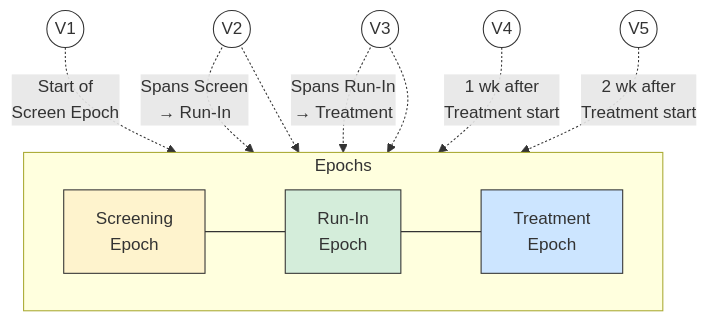
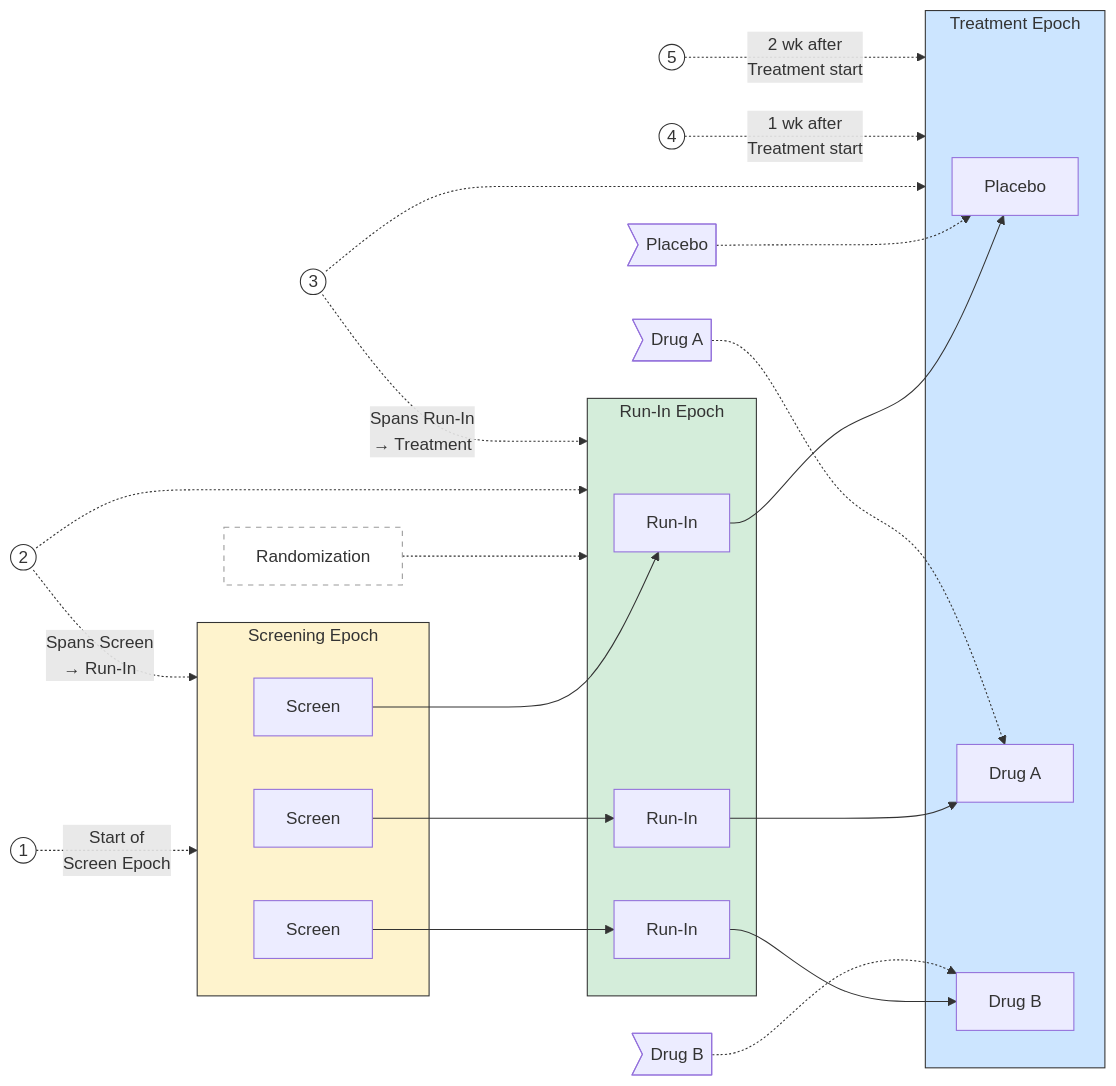
The diagram in knowledge_base/domains/TV/examples.md (hakupao/sdtm-pedia), drawn with Mermaid before and after one commit. The commit also changed other lines of this file and 8 other files, not shown here.

First line of the commit message:
fix(kb): Tier B batch B-TV — TV Description/spec + assumption 5 + Mermaid vs PDF figure + D6 vs SDTMIG v3.4 (PASS; local)

````diff
--- a/knowledge_base/domains/TV/examples.md
+++ b/knowledge_base/domains/TV/examples.md
@@ -11,24 +13,43 @@
 ```mermaid
-graph TD
-    subgraph Epochs
-        direction LR
-        SE["Screening<br/>Epoch"] --- RE["Run-In<br/>Epoch"] --- TE["Treatment<br/>Epoch"]
+graph LR
+    subgraph SE["Screening Epoch"]
+        S1[Screen]
+        S2[Screen]
+        S3[Screen]
     end
+    subgraph RE["Run-In Epoch"]
+        R1[Run-In]
+        R2[Run-In]
+        R3[Run-In]
+    end
+    subgraph TE["Treatment Epoch"]
+        P[Placebo]
+        A[Drug A]
+        B[Drug B]
+    end
+    S1 --> R1 --> P
+    S2 --> R2 --> A
+    S3 --> R3 --> B
+    armP>"Placebo"] -.-> P
+    armA>"Drug A"] -.-> A
+    armB>"Drug B"] -.-> B
+    rand["Randomization"] -.-> RE
 
-    V1(("V1")) -.->|"Start of<br/>Screen Epoch"| SE
-    V2(("V2")) -.->|"Spans Screen<br/>→ Run-In"| SE
+    V1(("1")) -.->|"Start of<br/>Screen Epoch"| SE
+    V2(("2")) -.->|"Spans Screen<br/>→ Run-In"| SE
     V2 -.-> RE
-    V3(("V3")) -.->|"Spans Run-In<br/>→ Treatment"| RE
+    V3(("3")) -.->|"Spans Run-In<br/>→ Treatment"| RE
     V3 -.-> TE
-    V4(("V4")) -.->|"1 wk after<br/>Treatment start"| TE
-    V5(("V5")) -.->|"2 wk after<br/>Treatment start"| TE
+    V4(("4")) -.->|"1 wk after<br/>Treatment start"| TE
+    V5(("5")) -.->|"2 wk after<br/>Treatment start"| TE
 
+    style rand fill:#fff,stroke:#999,stroke-dasharray:5 5
     style V1 fill:#fff,stroke:#333
     style V2 fill:#fff,stroke:#333
     style V3 fill:#fff,stroke:#333
     style V4 fill:#fff,stroke:#333
     style V5 fill:#fff,stroke:#333
     style SE fill:#fef3cd,stroke:#333
     style RE fill:#d4edda,stroke:#333
     style TE fill:#cce5ff,stroke:#333
 ```
````
